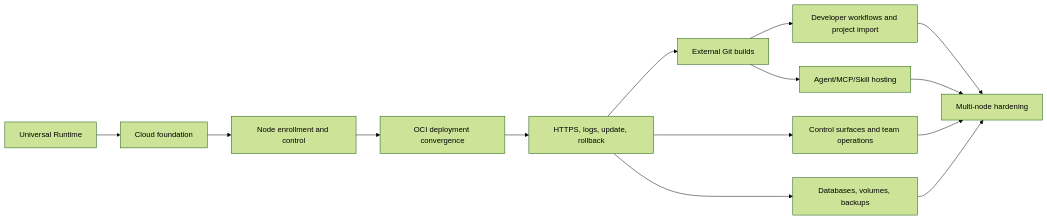
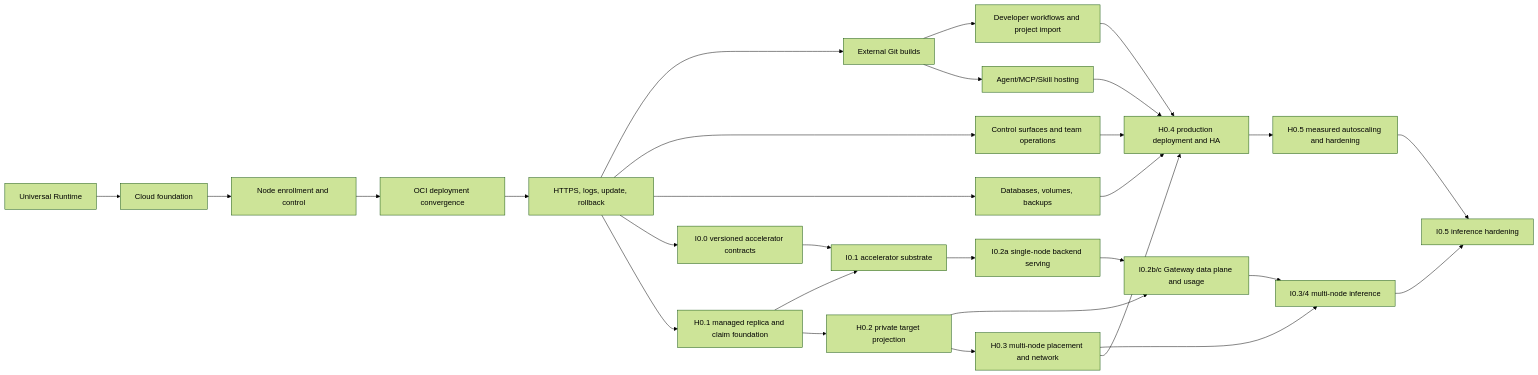
The diagram in docs/development-plan.md (A3S-Lab/Cloud), drawn with Mermaid (forest theme) before and after one commit. The commit also changed other lines of this file and 4 other files, not shown here.

Commit message:
docs: plan multi-node inference platform

````diff
--- a/docs/development-plan.md
+++ b/docs/development-plan.md
@@ -64,16 +70,31 @@
 ```mermaid
 flowchart LR
     R0[Universal Runtime] --> F0[Cloud foundation]
     F0 --> N0[Node enrollment and control]
     N0 --> D0[OCI deployment convergence]
     D0 --> E0[HTTPS, logs, update, rollback]
     E0 --> G0[External Git builds]
     E0 --> C0[Control surfaces and team operations]
     G0 --> P0[Developer workflows and project import]
     G0 --> A0[Agent/MCP/Skill hosting]
     E0 --> S0[Databases, volumes, backups]
-    P0 --> H0[Multi-node hardening]
-    C0 --> H0
-    A0 --> H0[Multi-node hardening]
-    S0 --> H0
+    E0 --> I00[I0.0 versioned accelerator contracts]
+    E0 --> H01[H0.1 managed replica and claim foundation]
+    I00 --> I01[I0.1 accelerator substrate]
+    H01 --> I01
+    I01 --> I02A[I0.2a single-node backend serving]
+    H01 --> H02[H0.2 private target projection]
+    I02A --> I02BC[I0.2b/c Gateway data plane and usage]
+    H02 --> I02BC
+    H02 --> H03[H0.3 multi-node placement and network]
+    I02BC --> I034[I0.3/4 multi-node inference]
+    H03 --> I034
+    P0 --> H04[H0.4 production deployment and HA]
+    C0 --> H04
+    A0 --> H04
+    S0 --> H04
+    H03 --> H04
+    H04 --> H05[H0.5 measured autoscaling and hardening]
+    I034 --> I05[I0.5 inference hardening]
+    H05 --> I05
 ```
````
